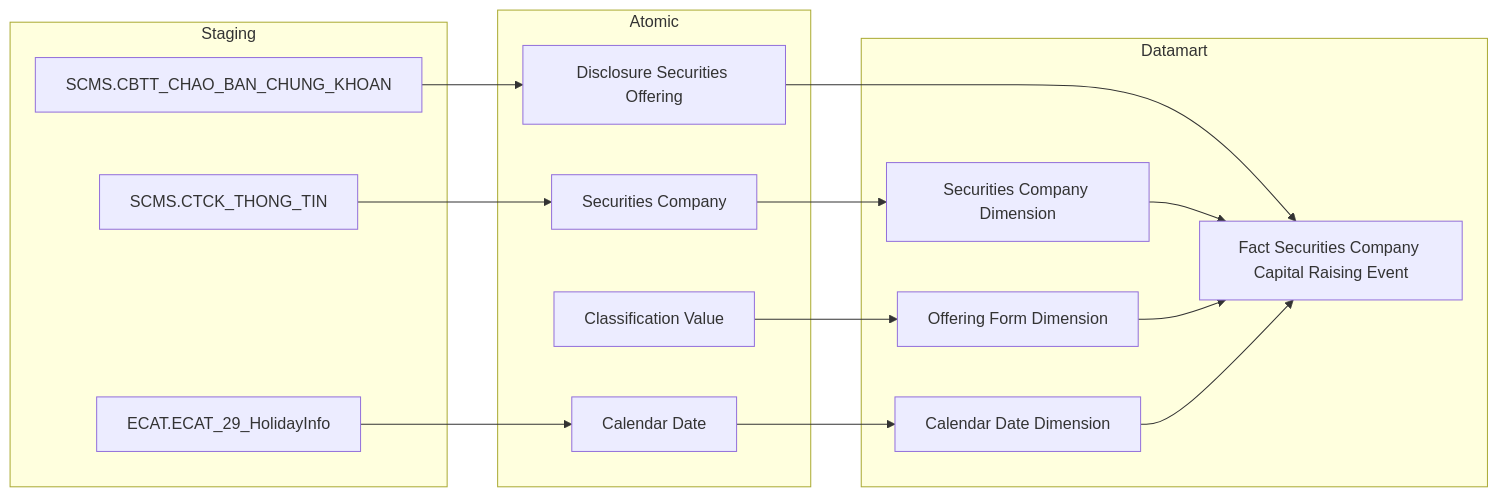
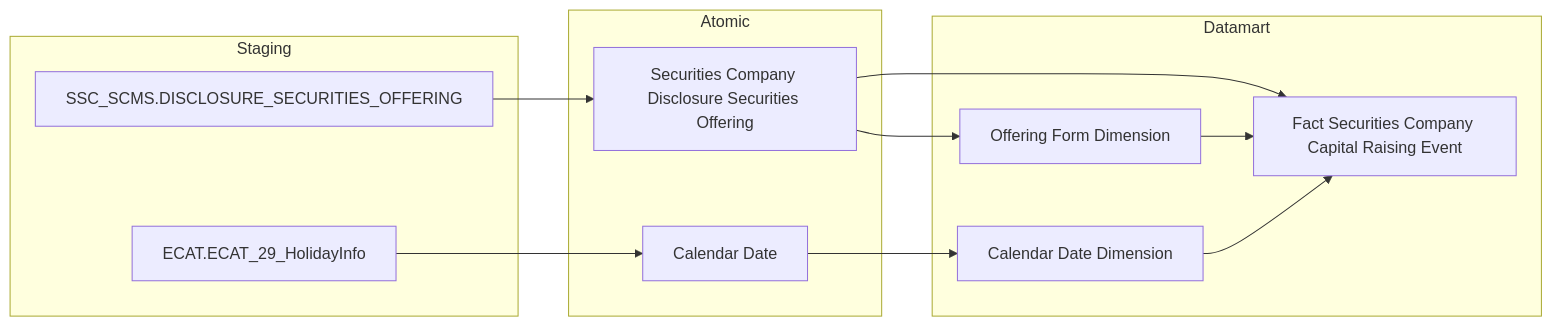
One commit to linhlvit/ubck_atomic_design changed the seventh of 30 diagrams in Datamart/hld/DTM_QLKD_HLD.md. Above: the diagram before and after it, drawn with Mermaid. The commit also changed other lines of this file and 35 other files, not shown here.

````diff
--- a/Datamart/hld/DTM_QLKD_HLD.md
+++ b/Datamart/hld/DTM_QLKD_HLD.md
@@ -228,35 +279,28 @@
 ```mermaid
 flowchart LR
     subgraph SRC["Staging"]
-        S1["SCMS.CBTT_CHAO_BAN_CHUNG_KHOAN"]
-        S2["SCMS.CTCK_THONG_TIN"]
+        S1["SSC_SCMS.DISCLOSURE_SECURITIES_OFFERING"]
         ECAT_ECAT_29_HolidayInfo["ECAT.ECAT_29_HolidayInfo"]
     end
 
     subgraph SIL["Atomic"]
-        SV1["Disclosure Securities Offering"]
-        SV2["Securities Company"]
+        SV1["Securities Company Disclosure Securities Offering"]
         Calendar_Date["Calendar Date"]
-        Classification_Value["Classification Value"]
     end
 
     subgraph Datamart["Datamart"]
         G1["Fact Securities Company Capital Raising Event"]
-        G2["Securities Company Dimension"]
         G3["Offering Form Dimension"]
         G4["Calendar Date Dimension"]
     end
 
     S1 --> SV1
-    S2 --> SV2
     ECAT_ECAT_29_HolidayInfo --> Calendar_Date
 
     SV1 --> G1
-    SV2 --> G2
+    SV1 --> G3
     Calendar_Date --> G4
-    Classification_Value --> G3
 
-    G2 --> G1
     G3 --> G1
     G4 --> G1
 ```
````
